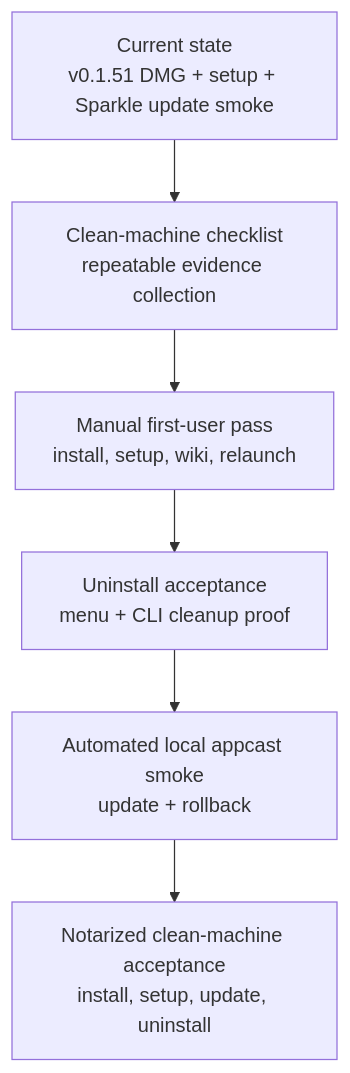
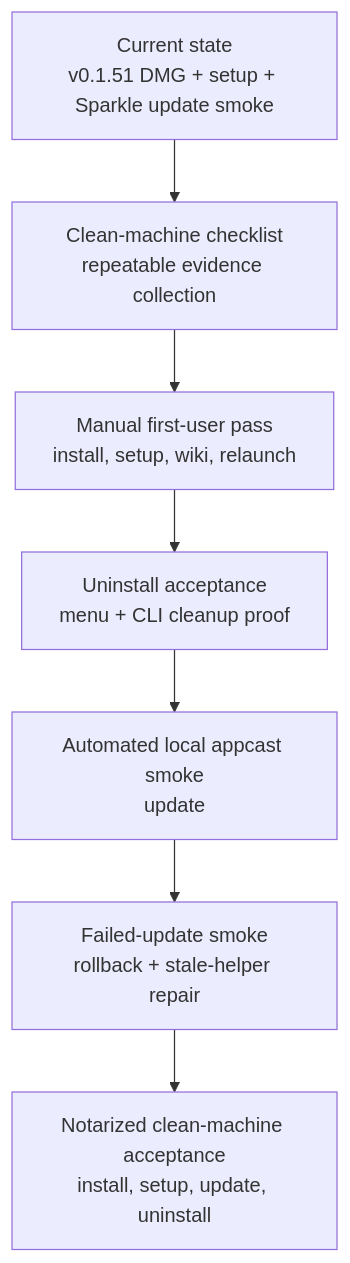
One commit to hapticasensorics/1context changed the diagram in docs/macos-professional-app-remaining-work.md. Above: the diagram before and after it, drawn with Mermaid. The commit also changed other lines of this file and 53 other files, not shown here.

````diff
--- a/docs/macos-professional-app-remaining-work.md
+++ b/docs/macos-professional-app-remaining-work.md
@@ -77,11 +80,12 @@
 ```mermaid
 flowchart TD
   Current["Current state\nv0.1.51 DMG + setup + Sparkle update smoke"]
   Harness["Clean-machine checklist\nrepeatable evidence collection"]
   Manual["Manual first-user pass\ninstall, setup, wiki, relaunch"]
   Uninstall["Uninstall acceptance\nmenu + CLI cleanup proof"]
-  LocalSmoke["Automated local appcast smoke\nupdate + rollback"]
+  LocalSmoke["Automated local appcast smoke\nupdate"]
+  Rollback["Failed-update smoke\nrollback + stale-helper repair"]
   CleanMachine["Notarized clean-machine acceptance\ninstall, setup, update, uninstall"]
 
-  Current --> Harness --> Manual --> Uninstall --> LocalSmoke --> CleanMachine
+  Current --> Harness --> Manual --> Uninstall --> LocalSmoke --> Rollback --> CleanMachine
 ```
````
